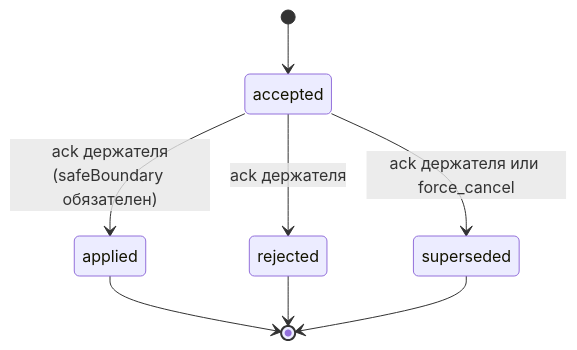
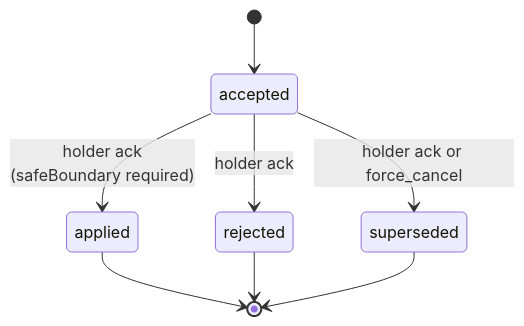
One commit to monthu56/taimen changed the sixth of 6 diagrams in guide/docs/control-plane/execution.md. Above: the diagram before and after it, drawn with Mermaid. The commit also changed other lines of this file and 183 other files, not shown here.

````diff
--- a/guide/docs/control-plane/execution.md
+++ b/guide/docs/control-plane/execution.md
@@ -451,10 +454,10 @@
 ```mermaid
 stateDiagram-v2
     [*] --> accepted
-    accepted --> applied: ack держателя<br/>(safeBoundary обязателен)
-    accepted --> rejected: ack держателя
-    accepted --> superseded: ack держателя или force_cancel
+    accepted --> applied: holder ack<br/>(safeBoundary required)
+    accepted --> rejected: holder ack
+    accepted --> superseded: holder ack or force_cancel
     applied --> [*]
     rejected --> [*]
     superseded --> [*]
 ```
````
